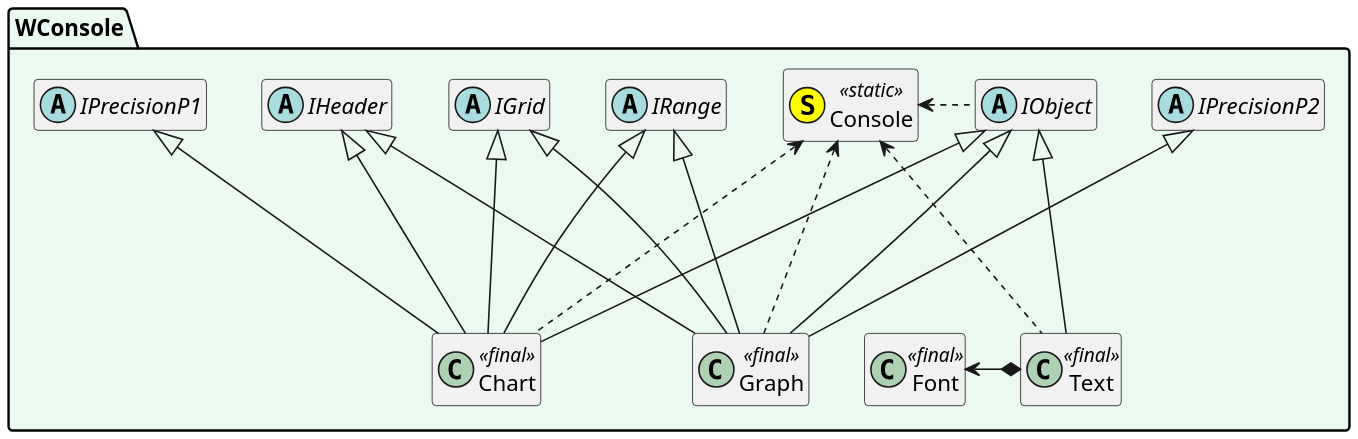
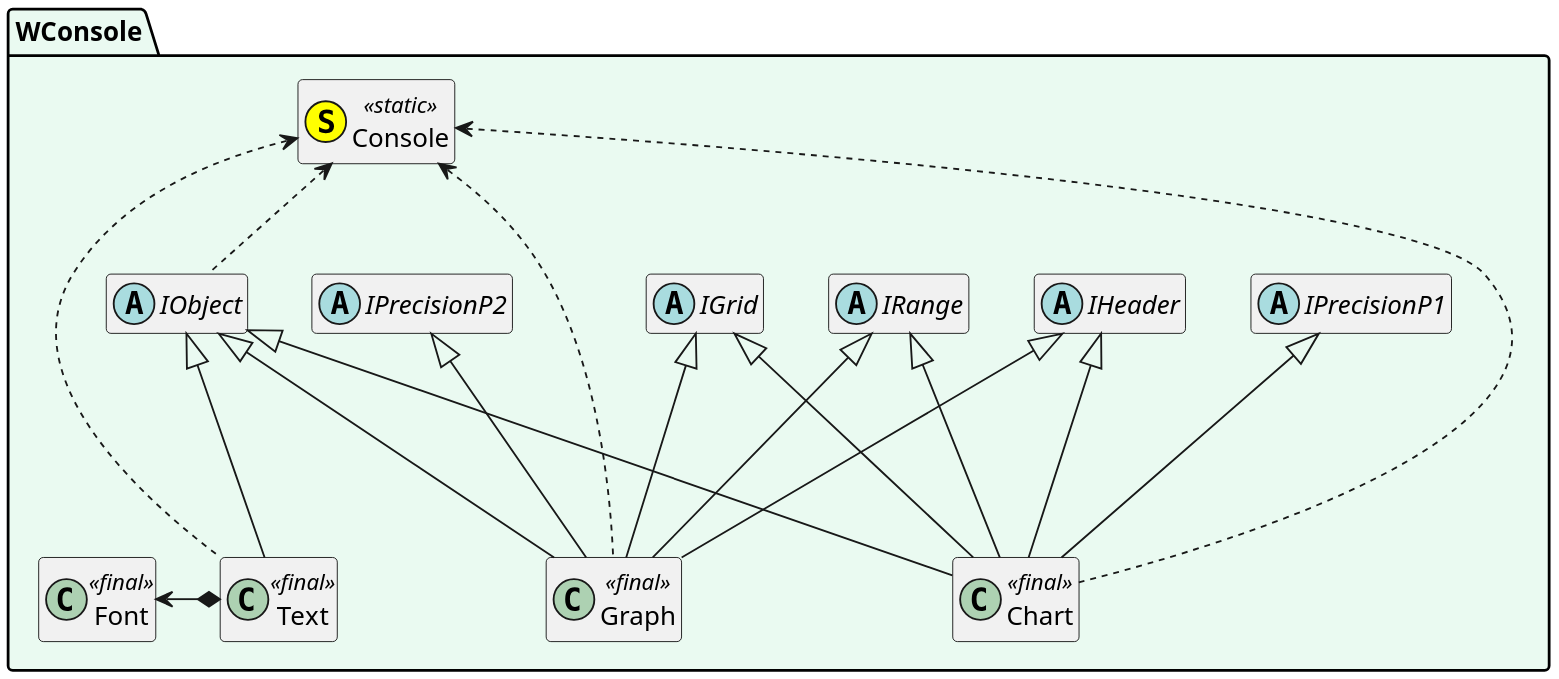
Before and after one commit to SergioStopkin/WideConsole: the diagram in doc/UMLClass.md, drawn with PlantUML.

Commit message:
UMLClass.md: Some visual changes

````diff
--- a/doc/UMLClass.md
+++ b/doc/UMLClass.md
@@ -1,48 +1,48 @@
 ```plantuml
 @startuml
 
-scale 1600 width
+scale 1920 width
 
 hide empty members
 
 namespace WConsole #EAFAF1 {
 
 abstract class IGrid
 abstract class IHeader
 abstract class IObject
 abstract class IPrecisionP1
 abstract class IPrecisionP2
 abstract class IRange
 class Console <<(S,#FFFF00)static>>
 class Chart <<final>>
 class Graph <<final>>
 class Text <<final>>
 class Font <<final>>
 
-Console <. IObject
+Console <.. IObject
 Console <... Chart
 Console <... Graph
 Console <... Text
 
 IObject <|--- Chart
 IObject <|--- Graph
 IObject <|--- Text
 
 IHeader <|--- Chart
 IHeader <|--- Graph
 
 IRange <|--- Chart
 IRange <|--- Graph
 
 IGrid <|--- Chart
 IGrid <|--- Graph
 
 IPrecisionP1 <|--- Chart
 IPrecisionP2 <|--- Graph
 
-Font         <-* Text
+Font <-* Text
 
 }
 
 @enduml
 ```
````
